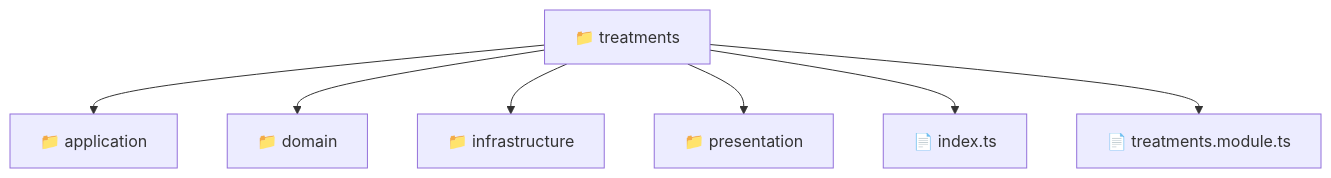
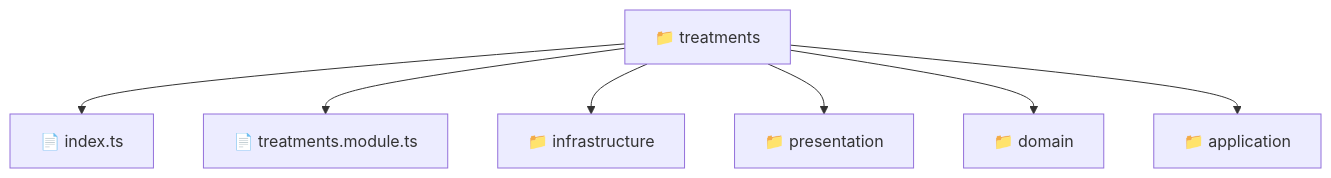
One commit to beginwebdev2002/fullstack-mavluda changed the diagram in backend/src/modules/treatments/README.md. Above: the diagram before and after it, drawn with Mermaid. The commit also changed other lines of this file and 164 other files, not shown here.

First line of the commit message:
docs: generate robust autonomous architectural documentation

````diff
--- a/backend/src/modules/treatments/README.md
+++ b/backend/src/modules/treatments/README.md
@@ -9,10 +11,10 @@
 ```mermaid
 graph TD
-  Root["📁 treatments"]
-  Root --> application["📁 application"]
-  Root --> domain["📁 domain"]
-  Root --> infrastructure["📁 infrastructure"]
-  Root --> presentation["📁 presentation"]
-  Root --> index_ts["📄 index.ts"]
-  Root --> treatments_module_ts["📄 treatments.module.ts"]
+    f_treatments["📁 treatments"]
+    f_treatments --> f_index_ts["📄 index.ts"]
+    f_treatments --> f_treatments_module_ts["📄 treatments.module.ts"]
+    f_treatments --> f_infrastructure["📁 infrastructure"]
+    f_treatments --> f_presentation["📁 presentation"]
+    f_treatments --> f_domain["📁 domain"]
+    f_treatments --> f_application["📁 application"]
 ```
````
